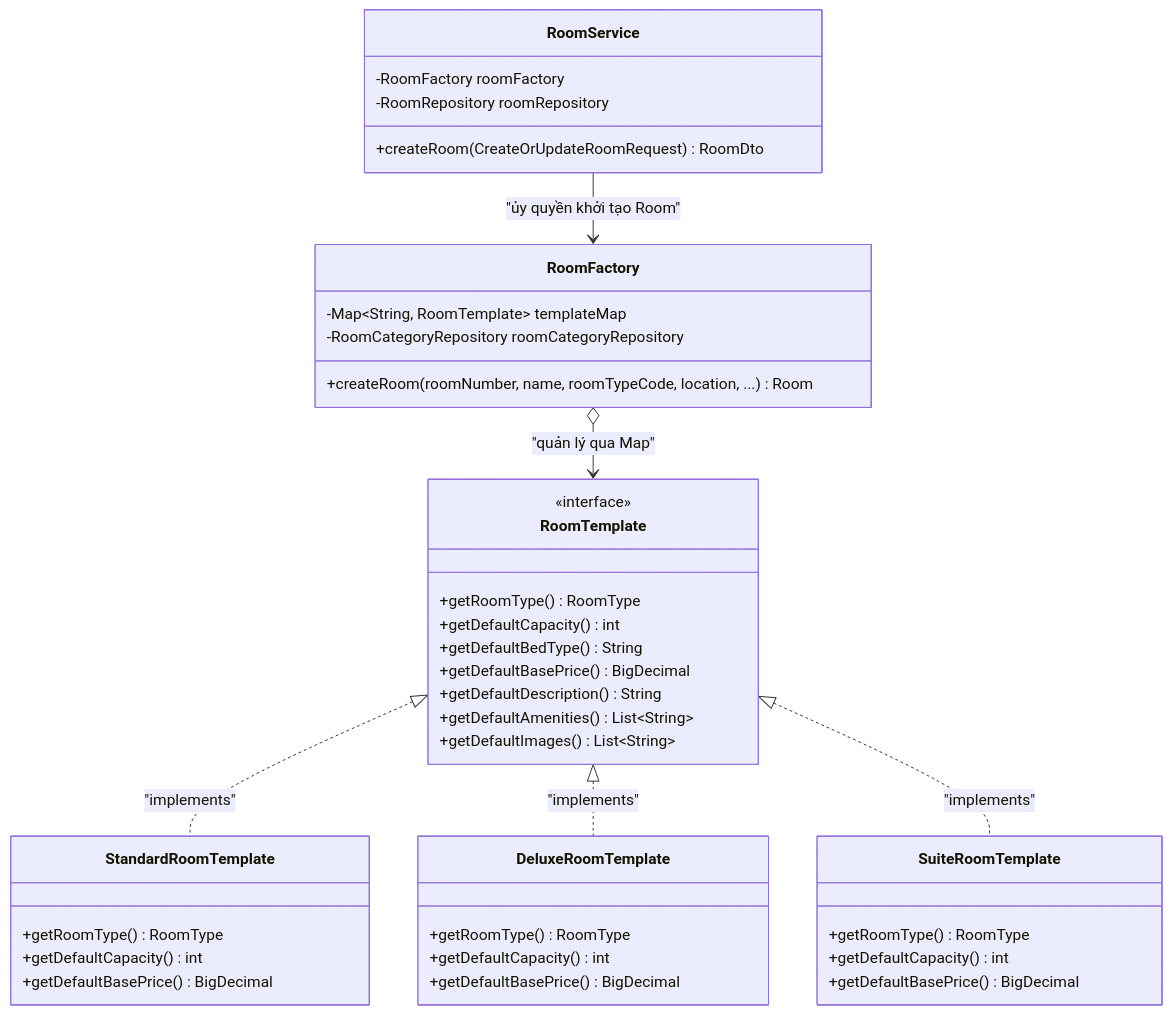
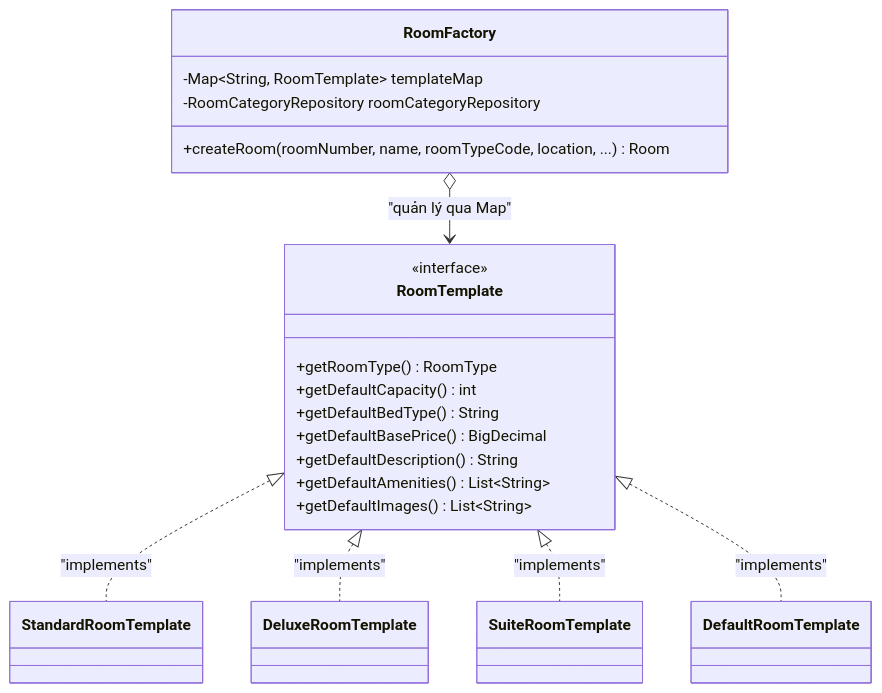
The seventh of 9 diagrams in BAO_CAO_DESIGN_PATTERNS_VA_SOLID.md (Binfhan/hotel-booking-system), drawn with Mermaid before and after one commit. The commit also changed other lines of this file and 23 other files, not shown here.

````diff
--- a/BAO_CAO_DESIGN_PATTERNS_VA_SOLID.md
+++ b/BAO_CAO_DESIGN_PATTERNS_VA_SOLID.md
@@ -607,49 +599,30 @@
 ```mermaid
 classDiagram
     class RoomTemplate {
         <<interface>>
         +getRoomType() RoomType
         +getDefaultCapacity() int
         +getDefaultBedType() String
         +getDefaultBasePrice() BigDecimal
         +getDefaultDescription() String
         +getDefaultAmenities() List~String~
         +getDefaultImages() List~String~
     }
 
-    class StandardRoomTemplate {
-        +getRoomType() RoomType
-        +getDefaultCapacity() int
-        +getDefaultBasePrice() BigDecimal
-    }
-
-    class DeluxeRoomTemplate {
-        +getRoomType() RoomType
-        +getDefaultCapacity() int
-        +getDefaultBasePrice() BigDecimal
-    }
-
-    class SuiteRoomTemplate {
-        +getRoomType() RoomType
-        +getDefaultCapacity() int
-        +getDefaultBasePrice() BigDecimal
-    }
+    class StandardRoomTemplate
+    class DeluxeRoomTemplate
+    class SuiteRoomTemplate
+    class DefaultRoomTemplate
 
     class RoomFactory {
         -Map~String, RoomTemplate~ templateMap
         -RoomCategoryRepository roomCategoryRepository
         +createRoom(roomNumber, name, roomTypeCode, location, ...) Room
     }
 
-    class RoomService {
-        -RoomFactory roomFactory
-        -RoomRepository roomRepository
-        +createRoom(CreateOrUpdateRoomRequest) RoomDto
-    }
-
     RoomTemplate <|.. StandardRoomTemplate : "implements"
     RoomTemplate <|.. DeluxeRoomTemplate : "implements"
     RoomTemplate <|.. SuiteRoomTemplate : "implements"
+    RoomTemplate <|.. DefaultRoomTemplate : "implements"
     RoomFactory o--> RoomTemplate : "quản lý qua Map"
-    RoomService --> RoomFactory : "ủy quyền khởi tạo Room"
 ```
````
